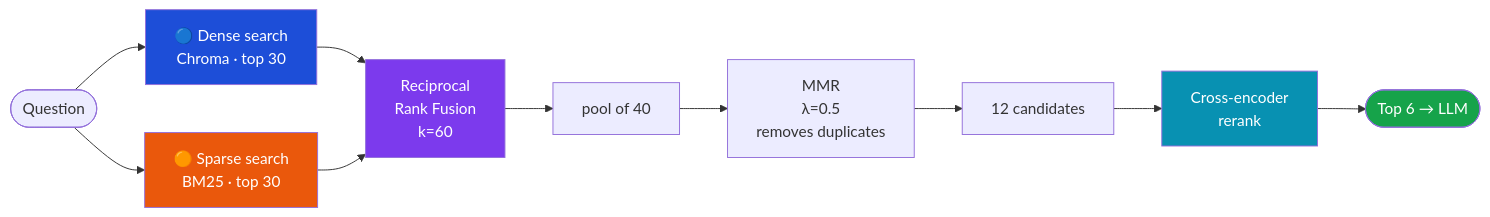
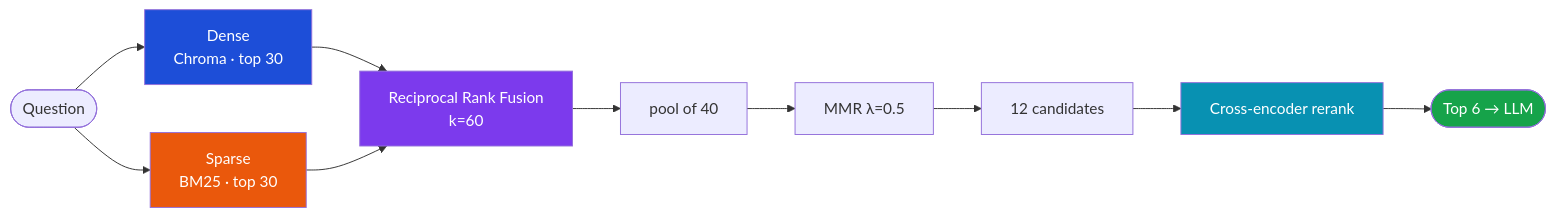
The second of 3 diagrams in README.md (sairamsrujan/RepoMind), drawn with Mermaid before and after one commit. The commit also changed other lines of this file and 10 other files, not shown here.

````diff
--- a/README.md
+++ b/README.md
@@ -168,18 +130,18 @@
 ```mermaid
 flowchart LR
-    Q([Question]) --> D["🔵 Dense search<br/>Chroma · top 30"]
-    Q --> S["🟠 Sparse search<br/>BM25 · top 30"]
-    D --> R["Reciprocal<br/>Rank Fusion<br/>k=60"]
+    Q([Question]) --> D["Dense<br/>Chroma · top 30"]
+    Q --> S["Sparse<br/>BM25 · top 30"]
+    D --> R["Reciprocal Rank Fusion<br/>k=60"]
     S --> R
     R --> P["pool of 40"]
-    P --> M["MMR<br/>λ=0.5<br/>removes duplicates"]
+    P --> M["MMR λ=0.5"]
     M --> T["12 candidates"]
-    T --> X["Cross-encoder<br/>rerank"]
+    T --> X["Cross-encoder rerank"]
     X --> F([Top 6 → LLM])
 
     style D fill:#1d4ed8,color:#fff
     style S fill:#ea580c,color:#fff
     style R fill:#7c3aed,color:#fff
     style X fill:#0891b2,color:#fff
     style F fill:#16a34a,color:#fff
 ```
````
